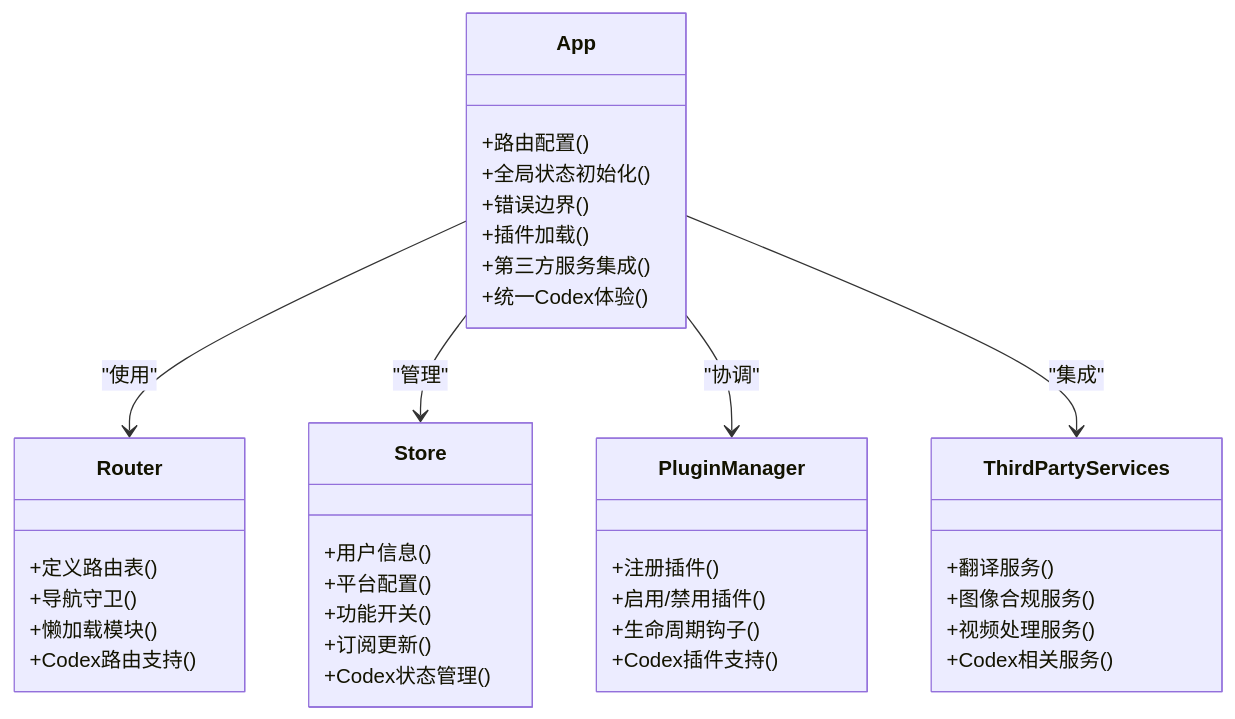
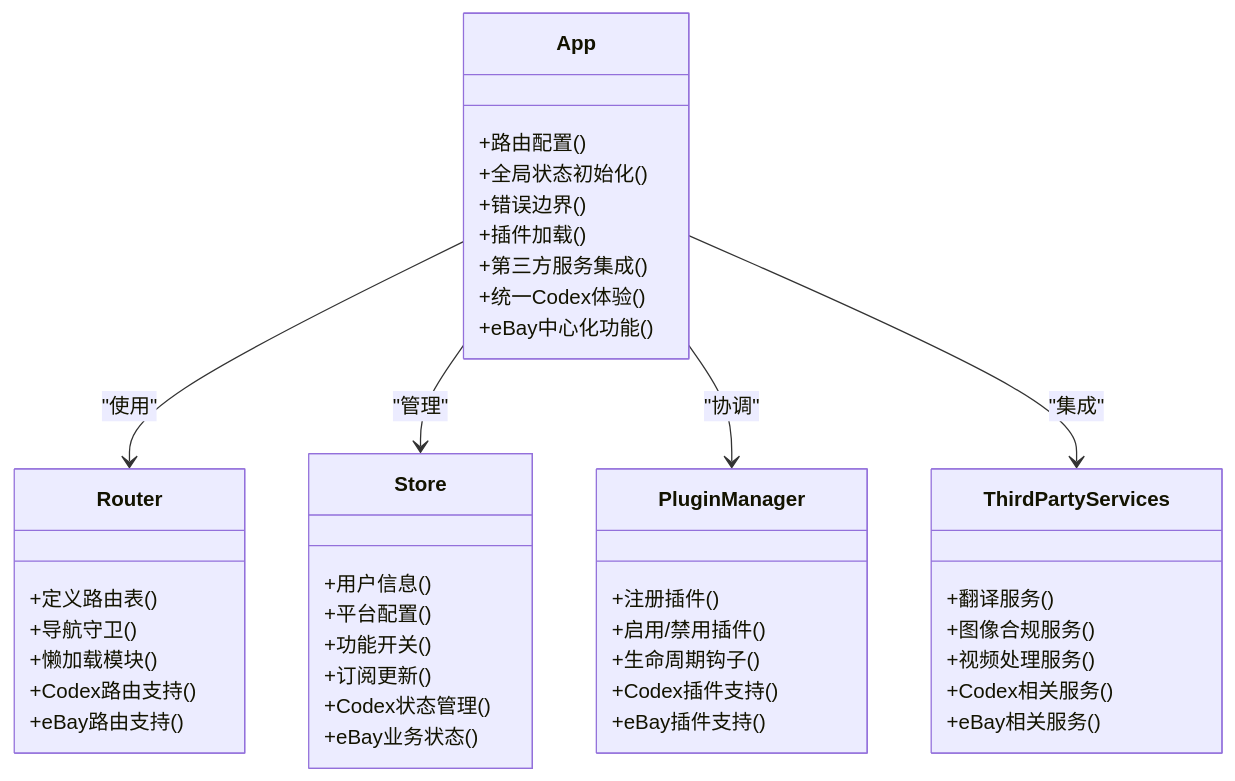
One commit to iljahofbauer219-lang/yandu changed the fourth of 5 diagrams in .qoder/repowiki/zh/content/系统架构/渲染进程架构/应用入口与初始化.md. Above: the diagram before and after it, drawn with Mermaid. The commit also changed other lines of this file and 3071 other files, not shown here.

````diff
--- a/.qoder/repowiki/zh/content/系统架构/渲染进程架构/应用入口与初始化.md
+++ b/.qoder/repowiki/zh/content/系统架构/渲染进程架构/应用入口与初始化.md
@@ -150,40 +151,45 @@
 ```mermaid
 classDiagram
 class App {
 +路由配置()
 +全局状态初始化()
 +错误边界()
 +插件加载()
 +第三方服务集成()
 +统一Codex体验()
++eBay中心化功能()
 }
 class Router {
 +定义路由表()
 +导航守卫()
 +懒加载模块()
 +Codex路由支持()
++eBay路由支持()
 }
 class Store {
 +用户信息()
 +平台配置()
 +功能开关()
 +订阅更新()
 +Codex状态管理()
++eBay业务状态()
 }
 class PluginManager {
 +注册插件()
 +启用/禁用插件()
 +生命周期钩子()
 +Codex插件支持()
++eBay插件支持()
 }
 class ThirdPartyServices {
 +翻译服务()
 +图像合规服务()
 +视频处理服务()
 +Codex相关服务()
++eBay相关服务()
 }
 App --> Router : "使用"
 App --> Store : "管理"
 App --> PluginManager : "协调"
 App --> ThirdPartyServices : "集成"
 ```
````
